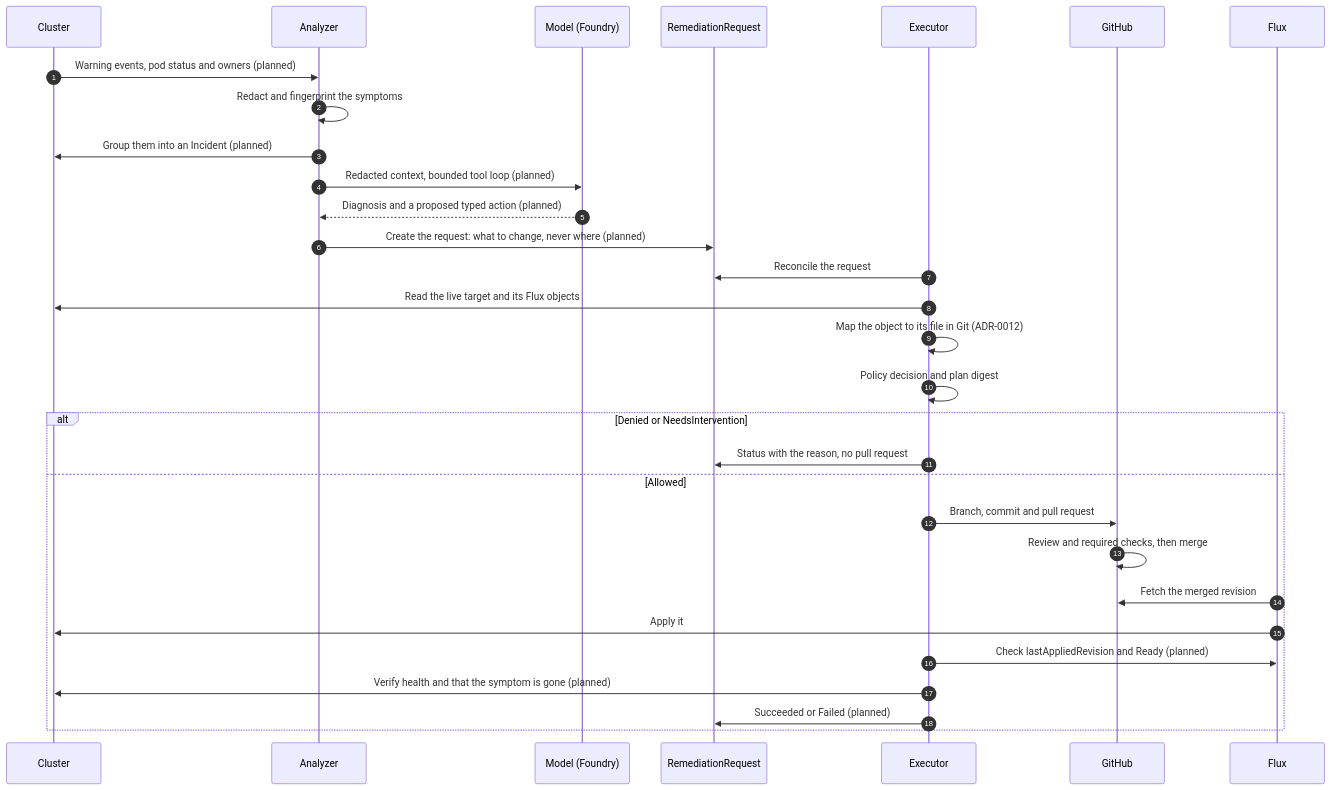
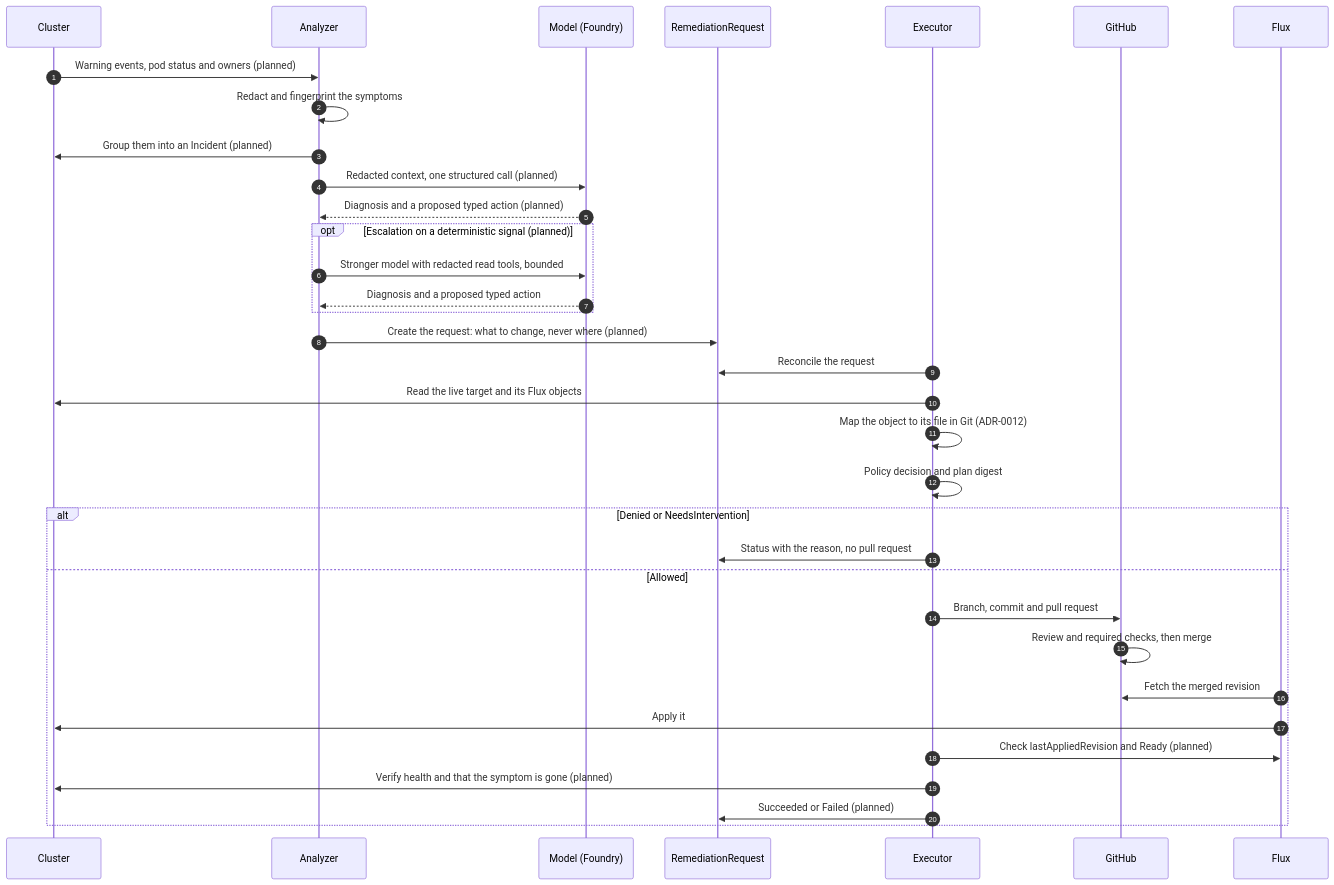
Before and after one commit to pkalin/shadewright: the first of 5 diagrams in docs/design.md, drawn with Mermaid. The commit also changed other lines of this file and 3 other files, not shown here.

````diff
--- a/docs/design.md
+++ b/docs/design.md
@@ -41,32 +41,36 @@
 ```mermaid
 sequenceDiagram
     autonumber
     participant K as Cluster
     participant A as Analyzer
     participant M as Model (Foundry)
     participant R as RemediationRequest
     participant E as Executor
     participant G as GitHub
     participant F as Flux
     K->>A: Warning events, pod status and owners (planned)
     A->>A: Redact and fingerprint the symptoms
     A->>K: Group them into an Incident (planned)
-    A->>M: Redacted context, bounded tool loop (planned)
+    A->>M: Redacted context, one structured call (planned)
     M-->>A: Diagnosis and a proposed typed action (planned)
+    opt Escalation on a deterministic signal (planned)
+        A->>M: Stronger model with redacted read tools, bounded
+        M-->>A: Diagnosis and a proposed typed action
+    end
     A->>R: Create the request: what to change, never where (planned)
     E->>R: Reconcile the request
     E->>K: Read the live target and its Flux objects
     E->>E: Map the object to its file in Git (ADR-0012)
     E->>E: Policy decision and plan digest
     alt Denied or NeedsIntervention
         E->>R: Status with the reason, no pull request
     else Allowed
         E->>G: Branch, commit and pull request
         G->>G: Review and required checks, then merge
         F->>G: Fetch the merged revision
         F->>K: Apply it
         E->>F: Check lastAppliedRevision and Ready (planned)
         E->>K: Verify health and that the symptom is gone (planned)
         E->>R: Succeeded or Failed (planned)
     end
 ```
````
